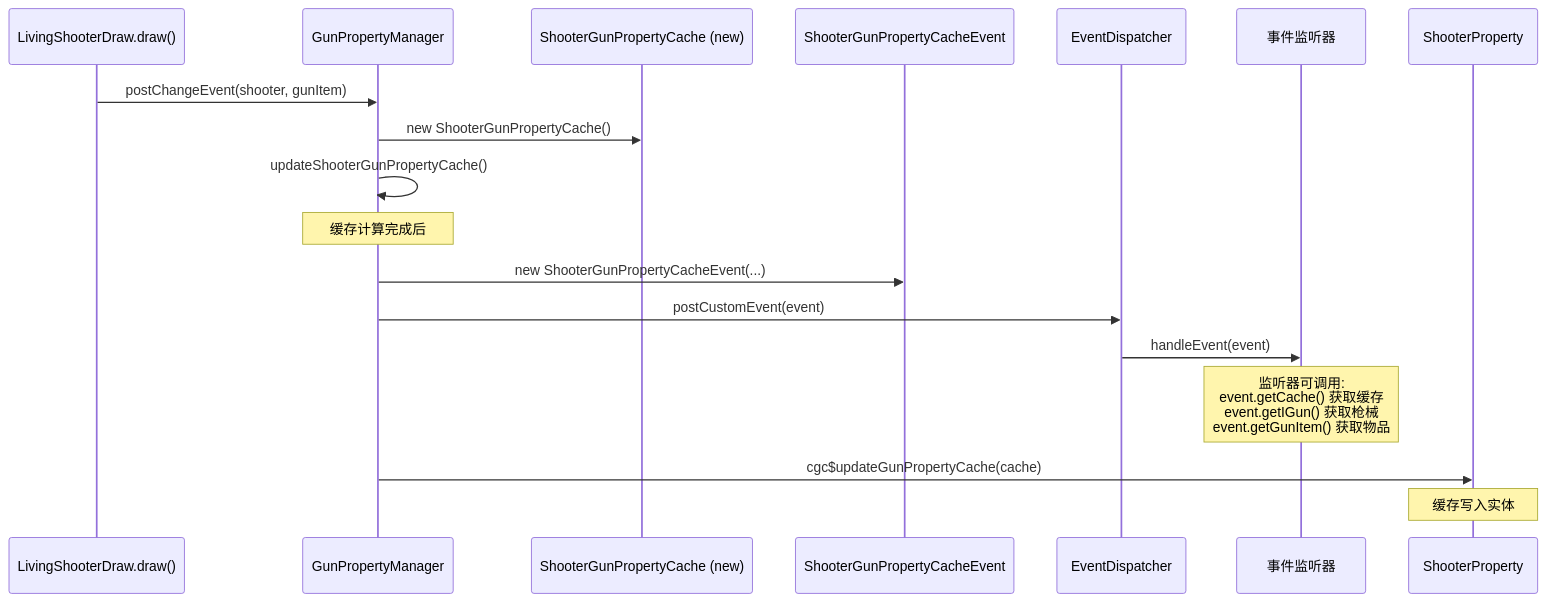
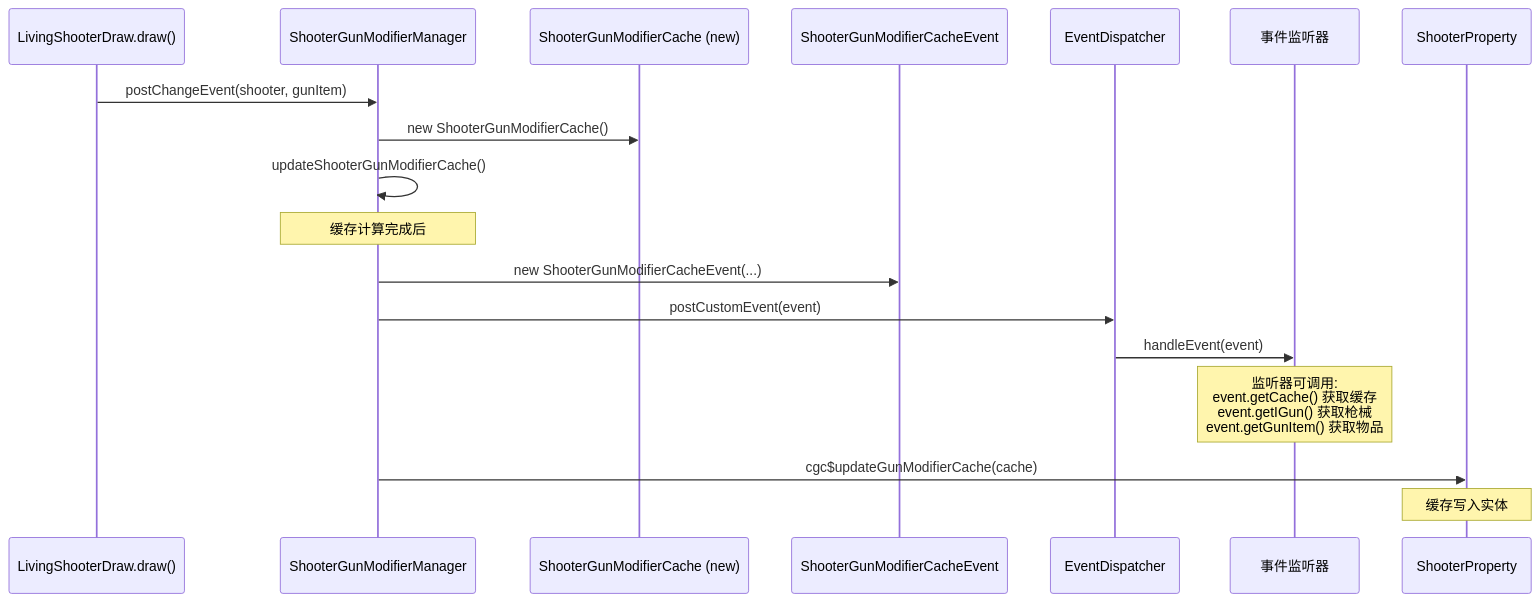
The diagram in docs/architecture/core/entity/shooter/modifier/event-and-notification.md (XColorful/Custom-Gun-Continued), drawn with Mermaid before and after one commit. The commit also changed other lines of this file and 9 other files, not shown here.

````diff
--- a/docs/architecture/core/entity/shooter/modifier/event-and-notification.md
+++ b/docs/architecture/core/entity/shooter/modifier/event-and-notification.md
@@ -55,25 +55,25 @@
 ```mermaid
 sequenceDiagram
     participant Draw as LivingShooterDraw.draw()
-    participant GPM as GunPropertyManager
-    participant SGPC as ShooterGunPropertyCache (new)
-    participant Event as ShooterGunPropertyCacheEvent
+    participant SGMM as ShooterGunModifierManager
+    participant SGMC as ShooterGunModifierCache (new)
+    participant Event as ShooterGunModifierCacheEvent
     participant Dispatcher as EventDispatcher
     participant Listener as 事件监听器
     participant SP as ShooterProperty
 
-    Draw->>GPM: postChangeEvent(shooter, gunItem)
-    GPM->>SGPC: new ShooterGunPropertyCache()
-    GPM->>GPM: updateShooterGunPropertyCache()
+    Draw->>SGMM: postChangeEvent(shooter, gunItem)
+    SGMM->>SGMC: new ShooterGunModifierCache()
+    SGMM->>SGMM: updateShooterGunModifierCache()
 
-    Note over GPM: 缓存计算完成后
+    Note over SGMM: 缓存计算完成后
 
-    GPM->>Event: new ShooterGunPropertyCacheEvent(...)
-    GPM->>Dispatcher: postCustomEvent(event)
+    SGMM->>Event: new ShooterGunModifierCacheEvent(...)
+    SGMM->>Dispatcher: postCustomEvent(event)
     
     Dispatcher->>Listener: handleEvent(event)
     Note over Listener: 监听器可调用:<br/>event.getCache() 获取缓存<br/>event.getIGun() 获取枪械<br/>event.getGunItem() 获取物品
 
-    GPM->>SP: cgc$updateGunPropertyCache(cache)
+    SGMM->>SP: cgc$updateGunModifierCache(cache)
     Note over SP: 缓存写入实体
 ```
````
